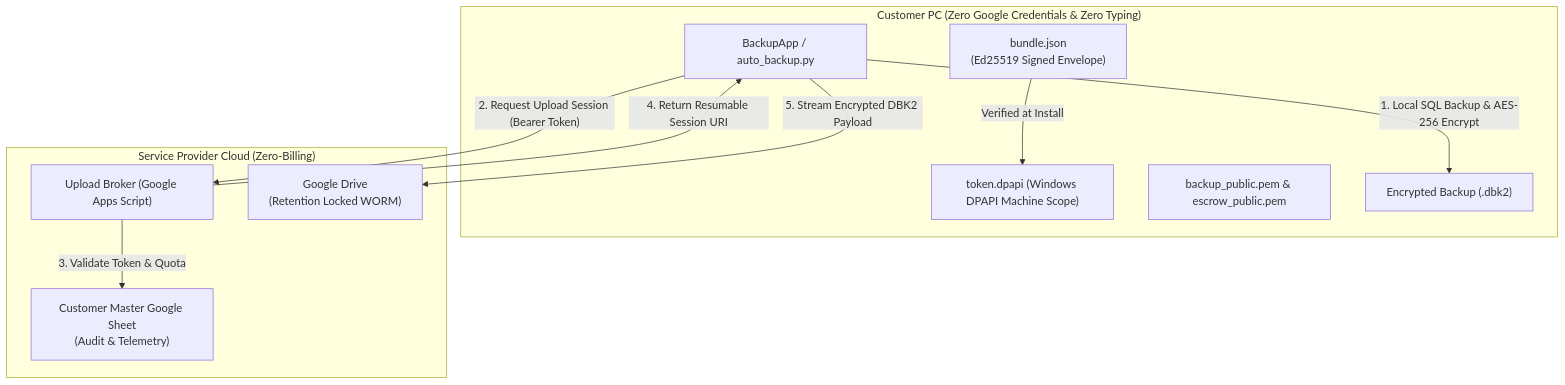
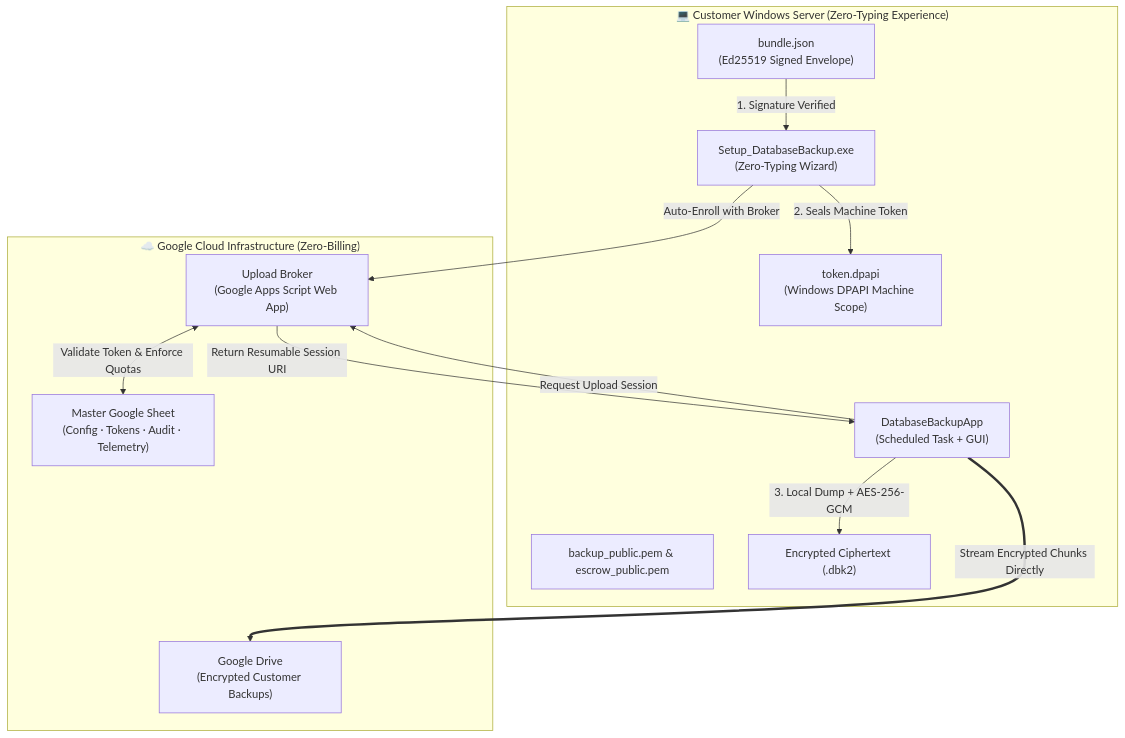
Before and after one commit to dulnindu123/Database-Backup-Automation: the diagram in USER_GUIDE.md, drawn with Mermaid. The commit also changed other lines of this file and 2 other files, not shown here.

````diff
--- a/USER_GUIDE.md
+++ b/USER_GUIDE.md
@@ -28,22 +28,25 @@
 ```mermaid
 flowchart TD
-    subgraph ClientPC["Customer PC (Zero Google Credentials & Zero Typing)"]
-        Manifest["bundle.json<br/>(Ed25519 Signed Envelope)"]
-        App["BackupApp / auto_backup.py"]
-        Token["token.dpapi (Windows DPAPI Machine Scope)"]
+    subgraph ClientPC["💻 Customer Windows Server (Zero-Typing Experience)"]
+        Manifest["bundle.json\n(Ed25519 Signed Envelope)"]
+        Installer["Setup_DatabaseBackup.exe\n(Zero-Typing Wizard)"]
+        App["DatabaseBackupApp\n(Scheduled Task + GUI)"]
+        Token["token.dpapi\n(Windows DPAPI Machine Scope)"]
         PubKey["backup_public.pem & escrow_public.pem"]
-        Manifest -- "Verified at Install" --> Token
-        App -- "1. Local SQL Backup & AES-256 Encrypt" --> DBK2["Encrypted Backup (.dbk2)"]
+        Manifest -->|1. Signature Verified| Installer
+        Installer -->|2. Seals Machine Token| Token
+        App -->|3. Local Dump + AES-256-GCM| DBK2["Encrypted Ciphertext (.dbk2)"]
     end
 
-    subgraph GCP["Service Provider Cloud (Zero-Billing)"]
-        UploadBroker["Upload Broker (Google Apps Script)"]
-        GCS["Google Drive<br/>(Retention Locked WORM)"]
-        Sheets["Customer Master Google Sheet<br/>(Audit & Telemetry)"]
+    subgraph BrokerCloud["☁️ Google Cloud Infrastructure (Zero-Billing)"]
+        UploadBroker["Upload Broker\n(Google Apps Script Web App)"]
+        Drive["Google Drive\n(Encrypted Customer Backups)"]
+        Sheets["Master Google Sheet\n(Config · Tokens · Audit · Telemetry)"]
     end
 
-    App -- "2. Request Upload Session (Bearer Token)" --> UploadBroker
-    UploadBroker -- "3. Validate Token & Quota" --> Sheets
-    UploadBroker -- "4. Return Resumable Session URI" --> App
-    App -- "5. Stream Encrypted DBK2 Payload" --> GCS
+    Installer -->|Auto-Enroll with Broker| UploadBroker
+    UploadBroker <-->|Validate Token & Enforce Quotas| Sheets
+    App -->|Request Upload Session| UploadBroker
+    UploadBroker -->|Return Resumable Session URI| App
+    App ===>|Stream Encrypted Chunks Directly| Drive
 ```
````
